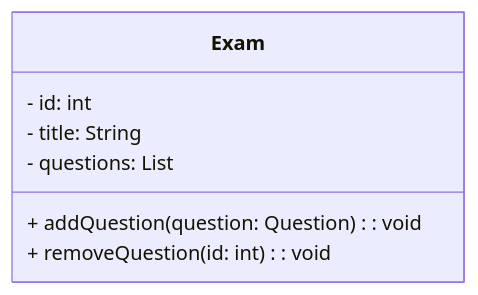
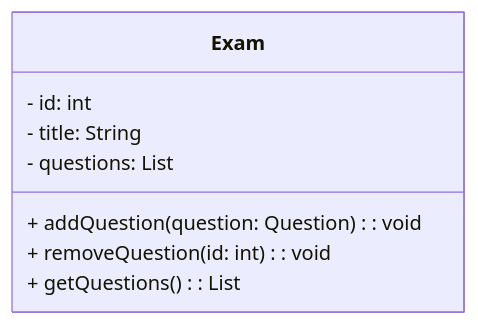
Before and after one commit to DoanNgocCuong/home: diagram 13 of 18 in 5. Software E/Project MVC.md, drawn with Mermaid. The commit also changed other lines of this file, not shown here.

````diff
--- a/5. Software E/Project MVC.md
+++ b/5. Software E/Project MVC.md
@@ -653,10 +658,11 @@
 ```mermaid
 classDiagram
     class Exam {
         - id: int
         - title: String
         - questions: List<Question>
         + addQuestion(question: Question): void
         + removeQuestion(id: int): void
+        + getQuestions(): List<Question>
     }
 ```
````
